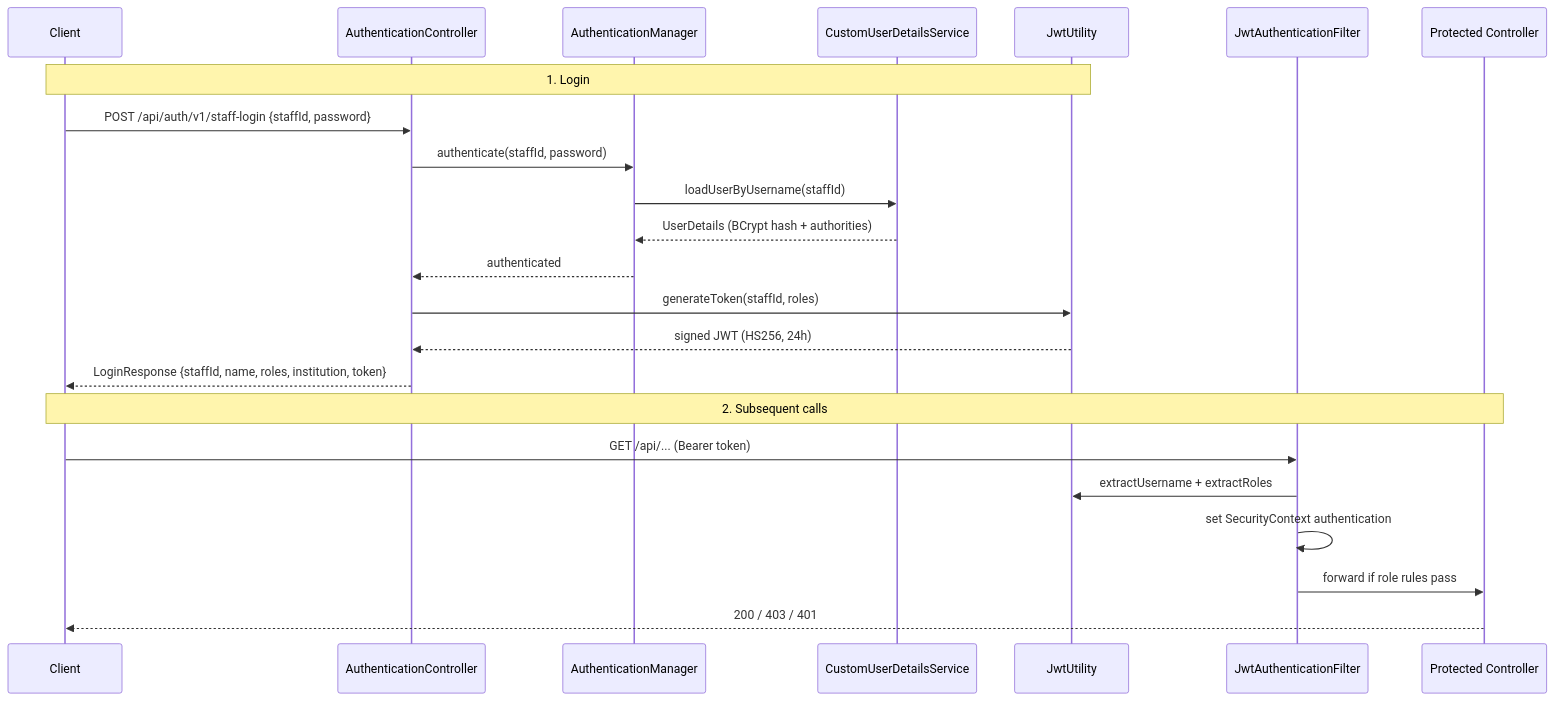
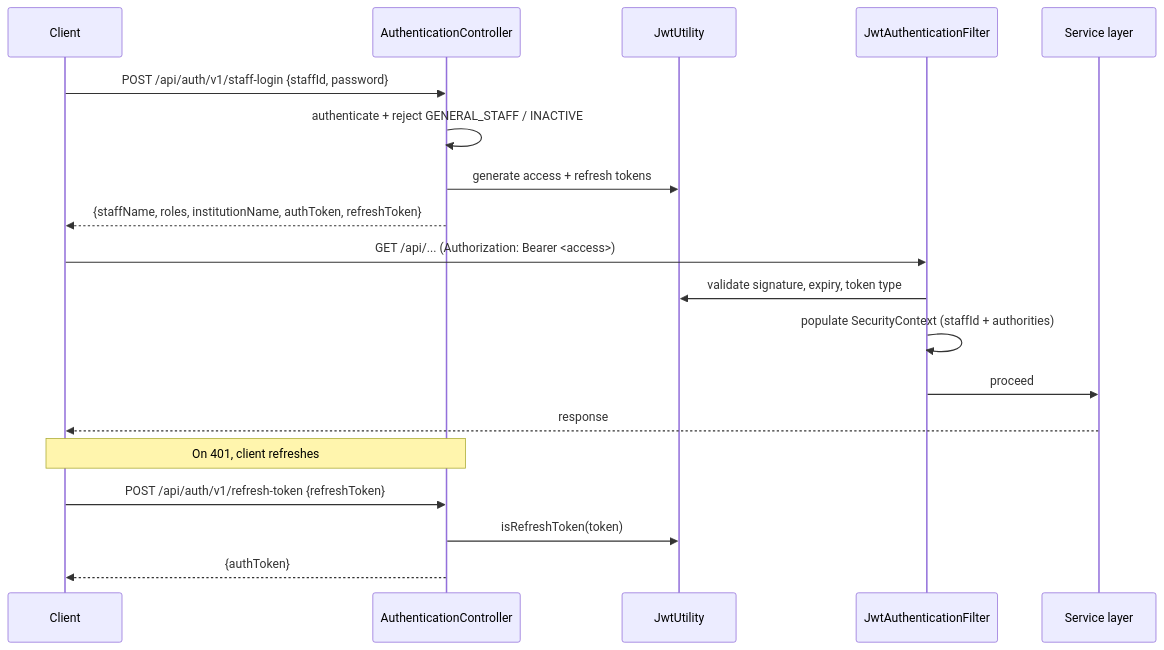
Before and after one commit to Benney-Walker/SchoolManagementSystem: the third of 3 diagrams in README.md, drawn with Mermaid. The commit also changed other lines of this file, not shown here.

````diff
--- a/README.md
+++ b/README.md
@@ -292,27 +203,24 @@
 ```mermaid
 sequenceDiagram
     participant C as Client
-    participant AC as AuthenticationController
-    participant AM as AuthenticationManager
-    participant UDS as CustomUserDetailsService
-    participant JWT as JwtUtility
+    participant A as AuthenticationController
+    participant J as JwtUtility
     participant F as JwtAuthenticationFilter
-    participant API as Protected Controller
+    participant S as Service layer
 
-    Note over C,JWT: 1. Login
-    C->>AC: POST /api/auth/v1/staff-login {staffId, password}
-    AC->>AM: authenticate(staffId, password)
-    AM->>UDS: loadUserByUsername(staffId)
-    UDS-->>AM: UserDetails (BCrypt hash + authorities)
-    AM-->>AC: authenticated
-    AC->>JWT: generateToken(staffId, roles)
-    JWT-->>AC: signed JWT (HS256, 24h)
-    AC-->>C: LoginResponse {staffId, name, roles, institution, token}
+    C->>A: POST /api/auth/v1/staff-login {staffId, password}
+    A->>A: authenticate + reject GENERAL_STAFF / INACTIVE
+    A->>J: generate access + refresh tokens
+    A-->>C: {staffName, roles, institutionName, authToken, refreshToken}
 
-    Note over C,API: 2. Subsequent calls
-    C->>F: GET /api/... (Bearer token)
-    F->>JWT: extractUsername + extractRoles
-    F->>F: set SecurityContext authentication
-    F->>API: forward if role rules pass
-    API-->>C: 200 / 403 / 401
+    C->>F: GET /api/... (Authorization: Bearer <access>)
+    F->>J: validate signature, expiry, token type
+    F->>F: populate SecurityContext (staffId + authorities)
+    F->>S: proceed
+    S-->>C: response
+
+    Note over C,A: On 401, client refreshes
+    C->>A: POST /api/auth/v1/refresh-token {refreshToken}
+    A->>J: isRefreshToken(token)
+    A-->>C: {authToken}
 ```
````
